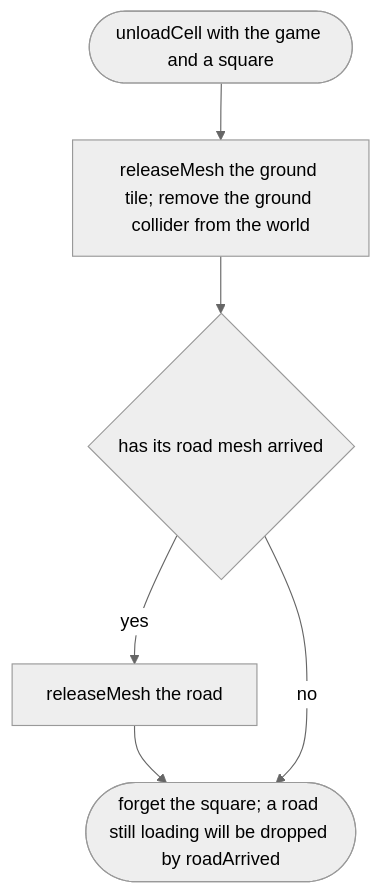
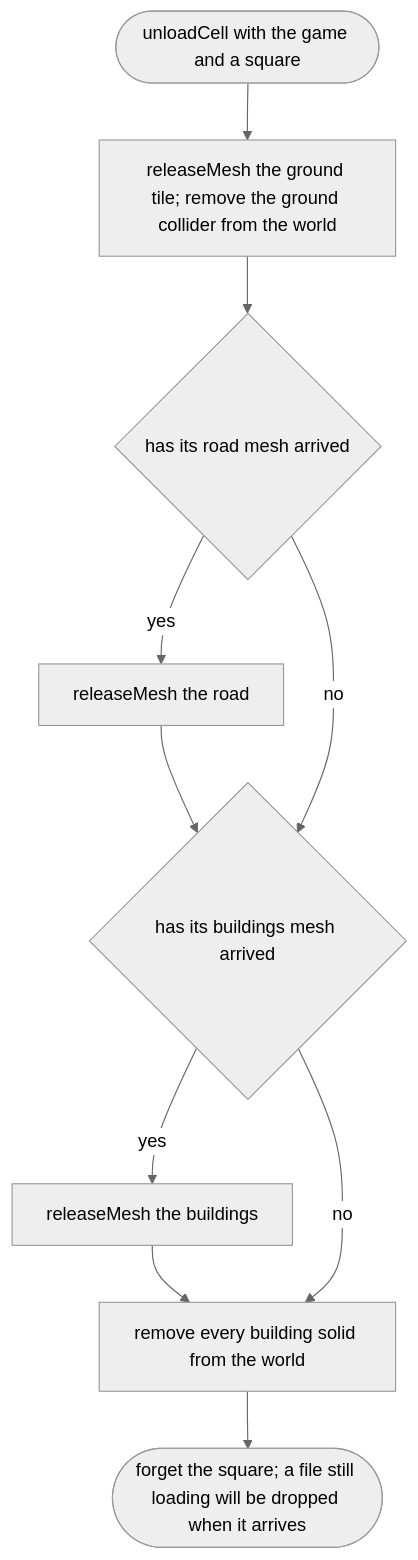
Before and after one commit to NewDara-Star/world-engine: the eighth of 10 diagrams in docs/designs/src/game/streaming.md, drawn with Mermaid (neutral theme). The commit also changed other lines of this file and 306 other files, not shown here.

````diff
--- a/docs/designs/src/game/streaming.md
+++ b/docs/designs/src/game/streaming.md
@@ -76,11 +138,17 @@
 ```mermaid
 flowchart TD
   s(["unloadCell with the game and a square"])
   a["releaseMesh the ground tile; remove the ground collider from the world"]
   b{"has its road mesh arrived"}
   c["releaseMesh the road"]
-  d(["forget the square; a road still loading will be dropped by roadArrived"])
+  e{"has its buildings mesh arrived"}
+  f["releaseMesh the buildings"]
+  g["remove every building solid from the world"]
+  d(["forget the square; a file still loading will be dropped when it arrives"])
   s --> a --> b
-  b -->|"yes"| c --> d
-  b -->|"no"| d
+  b -->|"yes"| c --> e
+  b -->|"no"| e
+  e -->|"yes"| f --> g
+  e -->|"no"| g
+  g --> d
 ```
````
